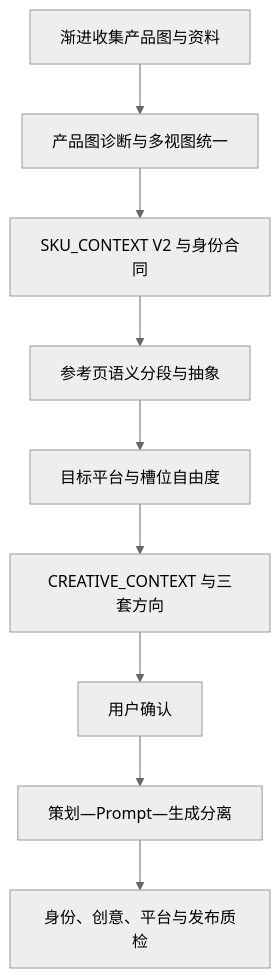
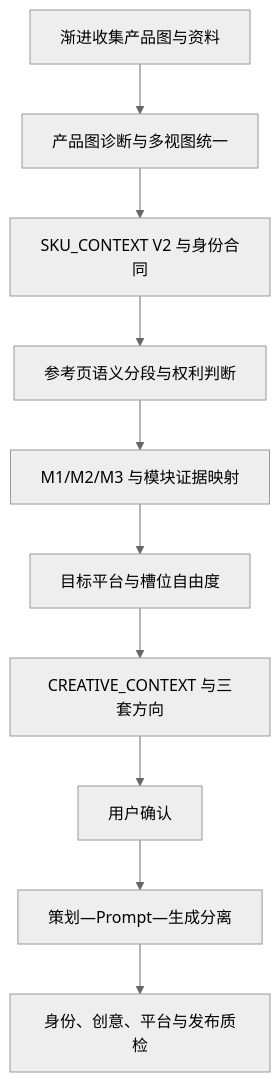
One commit to Youks7/KeRo-SKU-Agent changed the diagram in README.md. Above: the diagram before and after it, drawn with Mermaid (neutral theme). The commit also changed other lines of this file and 71 other files, not shown here.

````diff
--- a/README.md
+++ b/README.md
@@ -117,11 +118,12 @@
 ```mermaid
 flowchart TD
     A["渐进收集产品图与资料"] --> B["产品图诊断与多视图统一"]
     B --> C["SKU_CONTEXT V2 与身份合同"]
-    C --> D["参考页语义分段与抽象"]
-    D --> E["目标平台与槽位自由度"]
-    E --> F["CREATIVE_CONTEXT 与三套方向"]
-    F --> G["用户确认"]
+    C --> D["参考页语义分段与权利判断"]
+    D --> E["M1/M2/M3 与模块证据映射"]
+    E --> F["目标平台与槽位自由度"]
+    F --> J["CREATIVE_CONTEXT 与三套方向"]
+    J --> G["用户确认"]
     G --> H["策划—Prompt—生成分离"]
     H --> I["身份、创意、平台与发布质检"]
 ```
````
